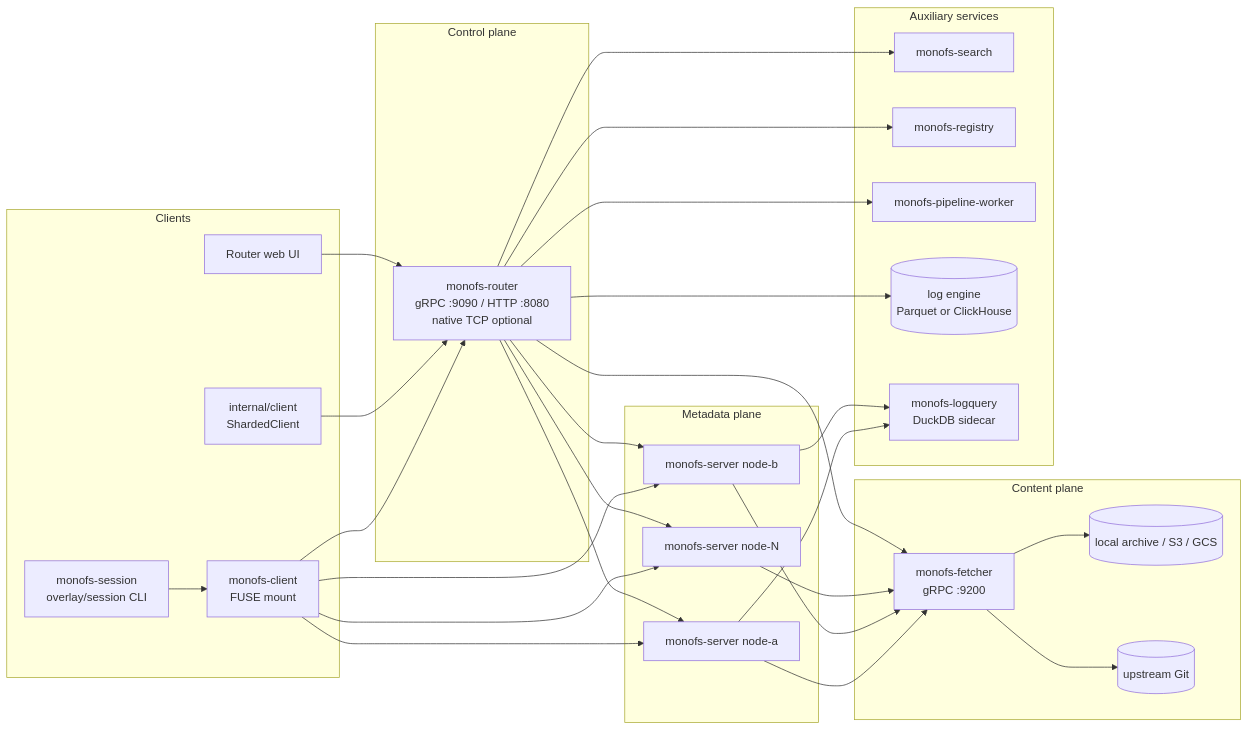
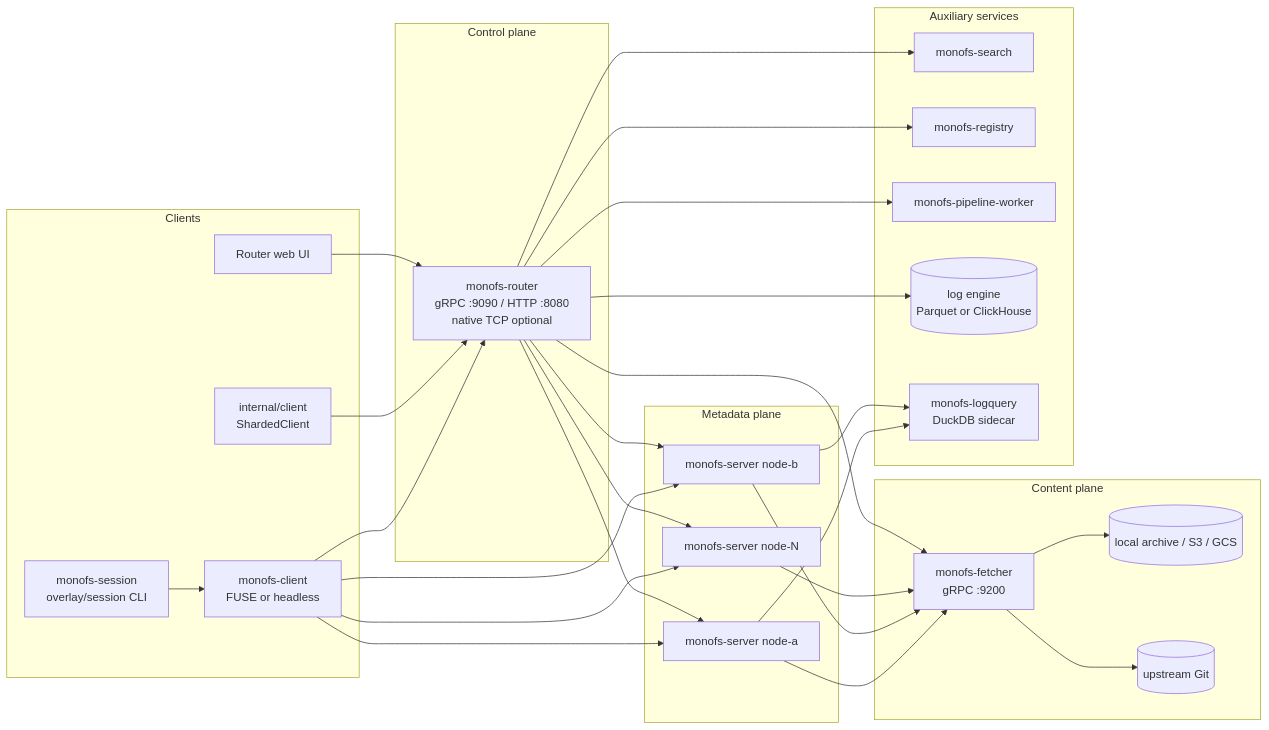
Before and after one commit to radryc/monofs: the diagram in docs/README.md, drawn with Mermaid. The commit also changed other lines of this file and 150 other files, not shown here.

First line of the commit message:
feat: add headless workspace client and SQL federation resolvers (#29)

````diff
--- a/docs/README.md
+++ b/docs/README.md
@@ -17,59 +18,59 @@
 ```mermaid
 flowchart LR
     subgraph Clients
-        FUSE[monofs-client<br/>FUSE mount]
+        FUSE[monofs-client<br/>FUSE or headless]
         SESSION[monofs-session<br/>overlay/session CLI]
         SDK[internal/client<br/>ShardedClient]
         UI[Router web UI]
     end
 
     subgraph ControlPlane[Control plane]
         ROUTER[monofs-router<br/>gRPC :9090 / HTTP :8080<br/>native TCP optional]
     end
 
     subgraph MetadataPlane[Metadata plane]
         N1[monofs-server node-a]
         N2[monofs-server node-b]
         NN[monofs-server node-N]
     end
 
     subgraph ContentPlane[Content plane]
         FETCH[monofs-fetcher<br/>gRPC :9200]
         OBJ[(local archive / S3 / GCS)]
         GIT[(upstream Git)]
     end
 
     subgraph Auxiliary[Auxiliary services]
         SEARCH[monofs-search]
         REG[monofs-registry]
         PIPE[monofs-pipeline-worker]
         DOCTOR[(log engine<br/>Parquet or ClickHouse)]
         LQ[monofs-logquery<br/>DuckDB sidecar]
     end
 
     FUSE --> ROUTER
     SESSION --> FUSE
     SDK --> ROUTER
     UI --> ROUTER
 
     FUSE --> N1
     FUSE --> N2
     FUSE --> NN
     ROUTER --> N1
     ROUTER --> N2
     ROUTER --> NN
 
     N1 --> FETCH
     N2 --> FETCH
     NN --> FETCH
     ROUTER --> FETCH
     FETCH --> OBJ
     FETCH --> GIT
 
     ROUTER --> SEARCH
     ROUTER --> REG
     ROUTER --> PIPE
     ROUTER --> DOCTOR
     N1 --> LQ
     N2 --> LQ
 ```
````
